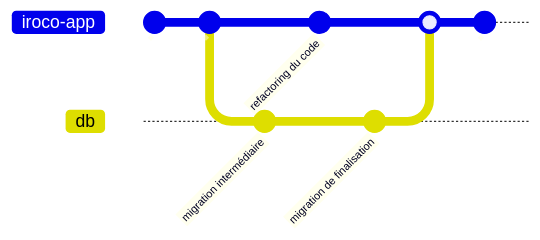
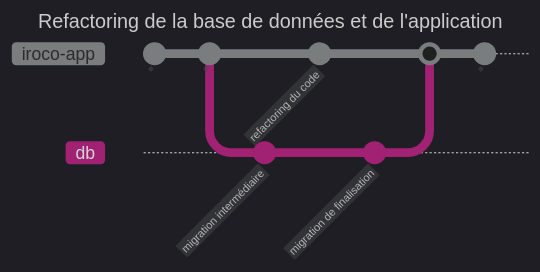
One commit to iroco-co/iroco-blog changed the third of 15 diagrams in _drafts/2024-04-12-database_refactoring_rename_column.md. Above: the diagram before and after it, drawn with Mermaid. The commit also changed other lines of this file and 11 other files, not shown here.

Commit message:
draft: article de blog avancé sur le refactoring de base de données

````diff
--- a/_drafts/2024-04-12-database_refactoring_rename_column.md
+++ b/_drafts/2024-04-12-database_refactoring_rename_column.md
@@ -19,15 +138,18 @@
 ```mermaid
-%%{init: { 'gitGraph': { 'mainBranchName': 'iroco-app'}} }%%
+---
+title: Refactoring de la base de données et de l'application
+---
+%%{init: {  'theme': 'dark', 'gitGraph': { 'mainBranchName': 'iroco-app'}} }%%
 gitGraph LR:
     commit id: " "
     commit id: "  "
     branch db
     commit id: "migration intermédiaire"
     checkout iroco-app
     commit id: "refactoring du code"
     checkout db
     commit id: "migration de finalisation"
     checkout iroco-app
     merge db
     commit id: "   "
 ```
````
